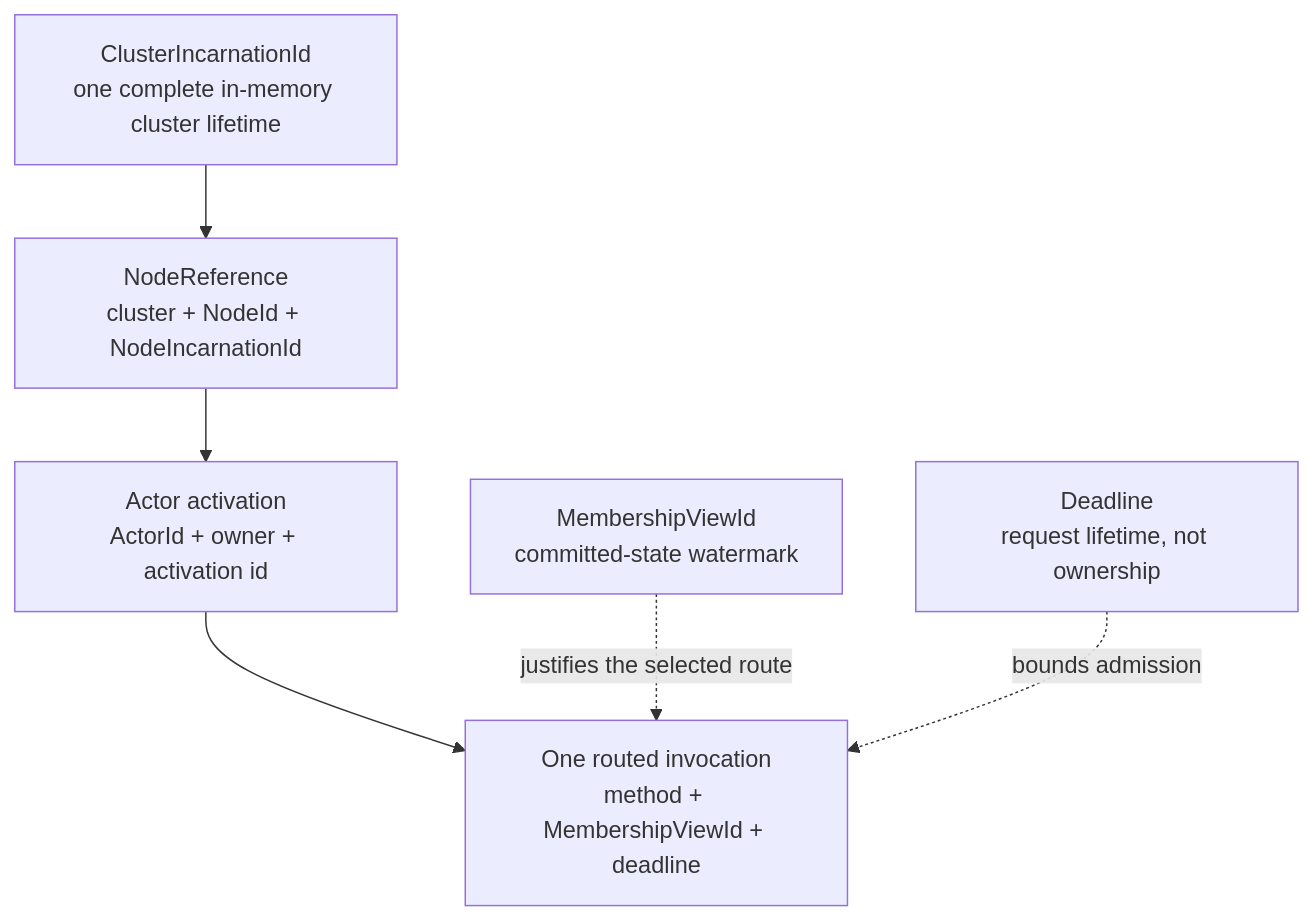
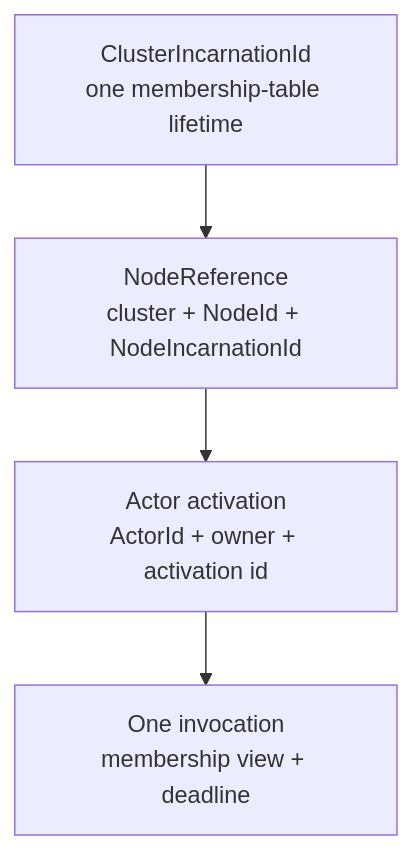
The second of 5 diagrams in docs/cluster.md (bruce48x/Lakona), drawn with Mermaid before and after one commit. The commit also changed other lines of this file and 130 other files, not shown here.

Commit message:
Replace cluster consensus with membership table

````diff
--- a/docs/cluster.md
+++ b/docs/cluster.md
@@ -76,14 +56,8 @@
 ```mermaid
 flowchart TB
-    C["ClusterIncarnationId<br/>one complete in-memory cluster lifetime"]
+    C["ClusterIncarnationId<br/>one membership-table lifetime"]
     N["NodeReference<br/>cluster + NodeId + NodeIncarnationId"]
     A["Actor activation<br/>ActorId + owner + activation id"]
-    Q["One routed invocation<br/>method + MembershipViewId + deadline"]
-
-    C --> N
-    N --> A
-    A --> Q
-
-    V["MembershipViewId<br/>committed-state watermark"] -.->|"justifies the selected route"| Q
-    T["Deadline<br/>request lifetime, not ownership"] -.->|"bounds admission"| Q
+    Q["One invocation<br/>membership view + deadline"]
+    C --> N --> A --> Q
 ```
````
